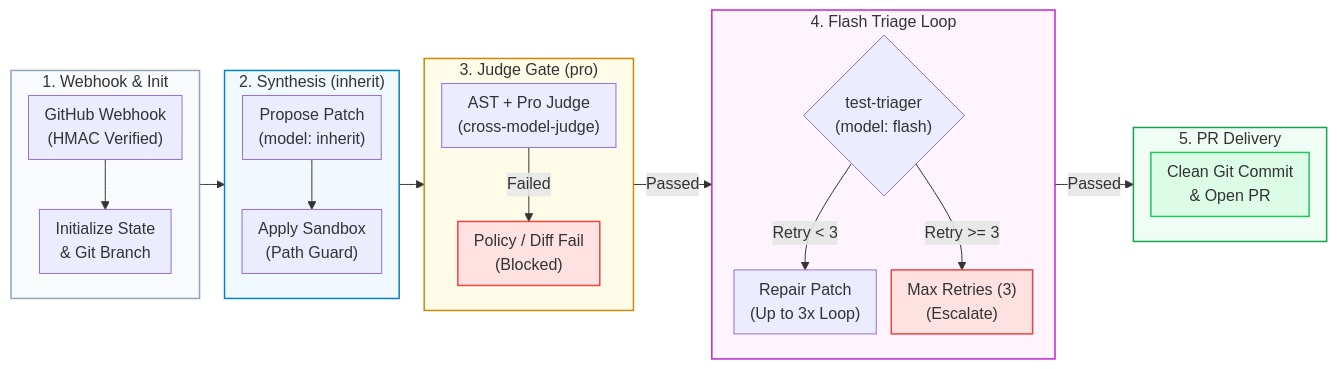
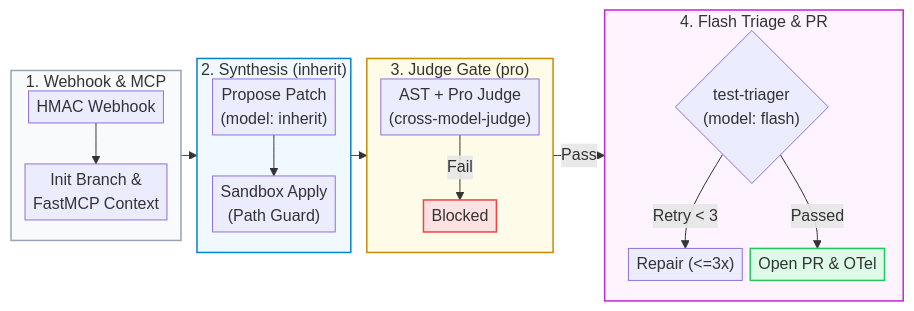
Before and after one commit to Kenono2000/enterprise-rag-pgvector-rbac: the sixth of 7 diagrams in README.md, drawn with Mermaid. The commit also changed other lines of this file, not shown here.

````diff
--- a/README.md
+++ b/README.md
@@ -259,36 +151,28 @@
 ```mermaid
-%%{init: {'flowchart': {'nodeSpacing': 15, 'rankSpacing': 25, 'padding': 8}}}%%
+%%{init: {'flowchart': {'nodeSpacing': 8, 'rankSpacing': 16, 'padding': 4}}}%%
 flowchart LR
-    subgraph Intake ["1. Webhook & Init"]
+    subgraph Intake ["1. Webhook & MCP"]
         direction TB
-        Hook["GitHub Webhook<br/>(HMAC Verified)"] --> Init["Initialize State<br/>& Git Branch"]
+        Hook["HMAC Webhook"] --> Init["Init Branch &<br/>FastMCP Context"]
     end
     subgraph Gen ["2. Synthesis (inherit)"]
         direction TB
-        Propose["Propose Patch<br/>(model: inherit)"] --> Apply["Apply Sandbox<br/>(Path Guard)"]
+        Propose["Propose Patch<br/>(model: inherit)"] --> Apply["Sandbox Apply<br/>(Path Guard)"]
     end
     subgraph Audit ["3. Judge Gate (pro)"]
         direction TB
-        Inspect["AST + Pro Judge<br/>(cross-model-judge)"] -->|Failed| Reject["Policy / Diff Fail<br/>(Blocked)"]
+        Inspect["AST + Pro Judge<br/>(cross-model-judge)"] -->|Fail| Reject["Blocked"]
     end
-    subgraph Verify ["4. Flash Triage Loop"]
+    subgraph Verify ["4. Flash Triage & PR"]
         direction TB
-        Test{"test-triager<br/>(model: flash)"} -->|Retry < 3| Repair["Repair Patch<br/>(Up to 3x Loop)"]
-        Test -->|Retry >= 3| Escalate["Max Retries (3)<br/>(Escalate)"]
+        Test{"test-triager<br/>(model: flash)"} -->|Retry < 3| Repair["Repair (<=3x)"]
+        Test -->|Passed| PR["Open PR & OTel"]
     end
-    subgraph Done ["5. PR Delivery"]
-        direction TB
-        PR["Clean Git Commit<br/>& Open PR"]
-    end
-    Intake --> Gen --> Audit
-    Audit -->|Passed| Verify
-    Verify -->|Passed| Done
+    Intake --> Gen --> Audit -->|Pass| Verify
     style Intake fill:#f8fafc,stroke:#94a3b8,stroke-width:1.5px
     style Gen fill:#f0f9ff,stroke:#0284c7,stroke-width:1.5px
     style Audit fill:#fefce8,stroke:#ca8a04,stroke-width:1.5px
     style Verify fill:#fdf4ff,stroke:#c026d3,stroke-width:1.5px
-    style Done fill:#f0fdf4,stroke:#16a34a,stroke-width:1.5px
     style Reject fill:#fee2e2,stroke:#ef4444,stroke-width:1.5px
-    style Escalate fill:#fee2e2,stroke:#ef4444,stroke-width:1.5px
     style PR fill:#dcfce7,stroke:#22c55e,stroke-width:1.5px
 ```
````
